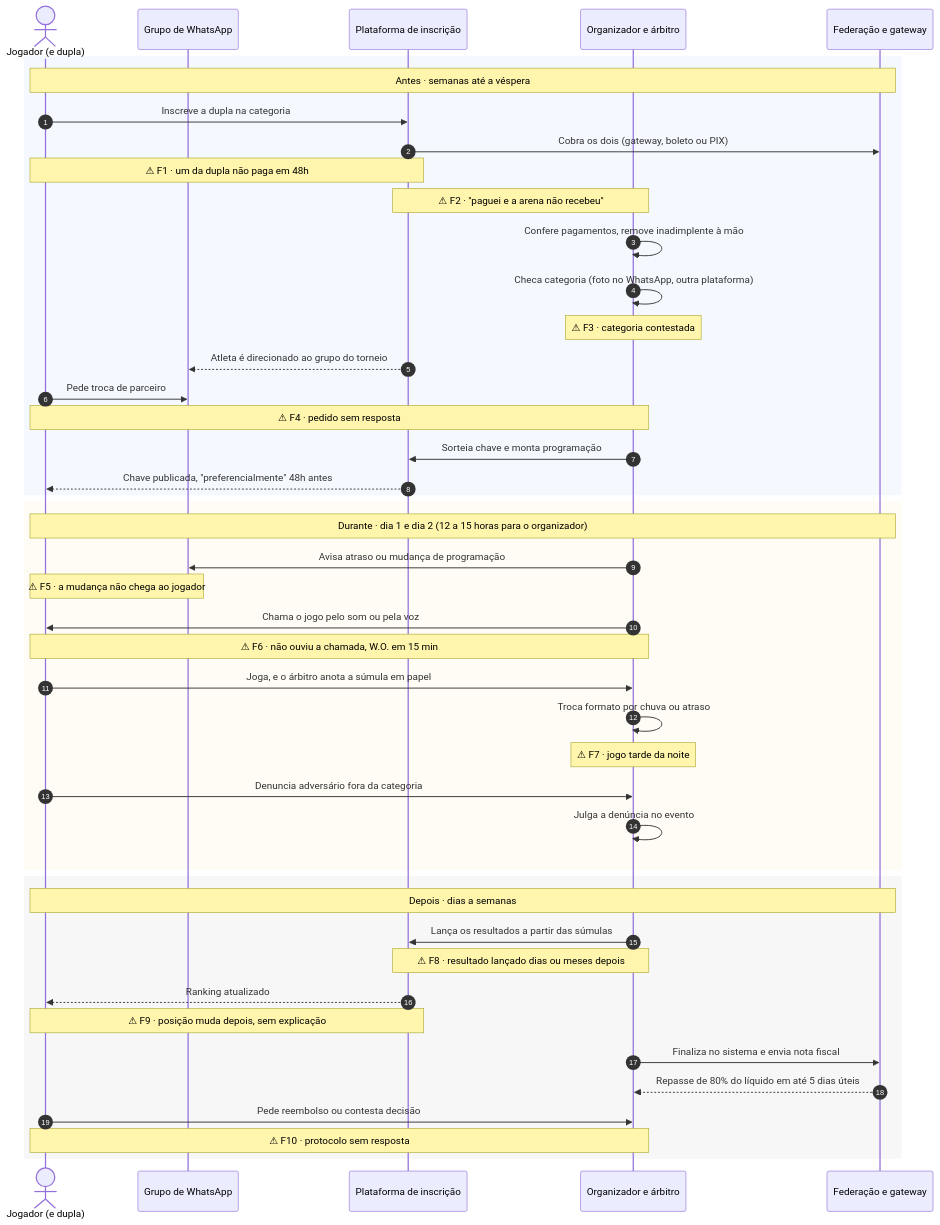
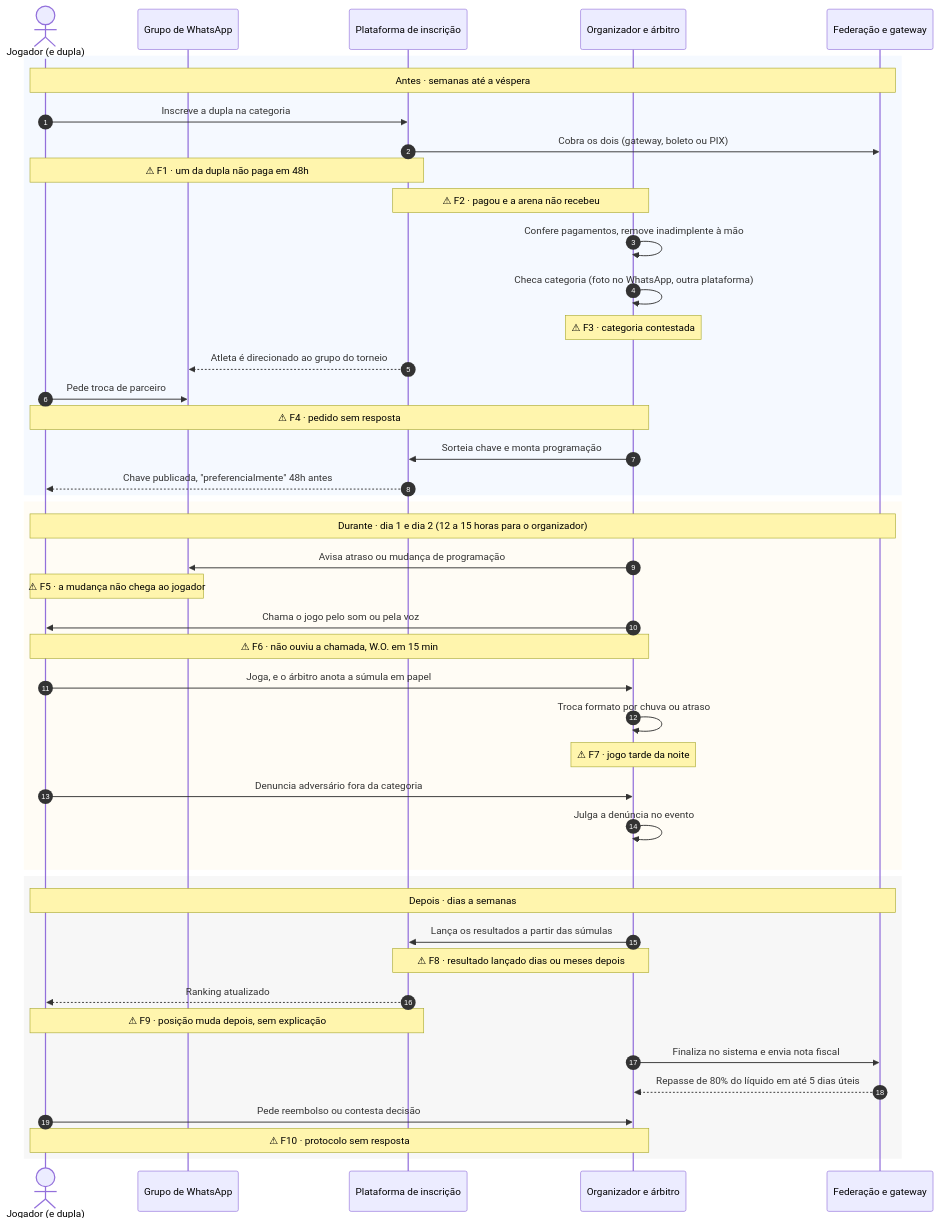
One commit to gabriel-vilano/btapp changed the first of 2 diagrams in docs/discovery/sintese/05-service-blueprint.md. Above: the diagram before and after it, drawn with Mermaid. The commit also changed other lines of this file and 35 other files, not shown here.

````diff
--- a/docs/discovery/sintese/05-service-blueprint.md
+++ b/docs/discovery/sintese/05-service-blueprint.md
@@ -38,50 +38,50 @@
 ```mermaid
 sequenceDiagram
   autonumber
   actor J as Jogador (e dupla)
   participant W as Grupo de WhatsApp
   participant P as Plataforma de inscrição
   participant O as Organizador e árbitro
   participant F as Federação e gateway
 
   rect rgb(245, 249, 255)
   note over J,F: Antes · semanas até a véspera
   J->>P: Inscreve a dupla na categoria
   P->>F: Cobra os dois (gateway, boleto ou PIX)
   note over J,P: ⚠ F1 · um da dupla não paga em 48h
-  note over P,O: ⚠ F2 · "paguei e a arena não recebeu"
+  note over P,O: ⚠ F2 · pagou e a arena não recebeu
   O->>O: Confere pagamentos, remove inadimplente à mão
   O->>O: Checa categoria (foto no WhatsApp, outra plataforma)
   note over O: ⚠ F3 · categoria contestada
   P-->>W: Atleta é direcionado ao grupo do torneio
   J->>W: Pede troca de parceiro
   note over J,O: ⚠ F4 · pedido sem resposta
   O->>P: Sorteia chave e monta programação
   P-->>J: Chave publicada, "preferencialmente" 48h antes
   end
 
   rect rgb(255, 252, 245)
   note over J,F: Durante · dia 1 e dia 2 (12 a 15 horas para o organizador)
   O->>W: Avisa atraso ou mudança de programação
   note over J,W: ⚠ F5 · a mudança não chega ao jogador
   O->>J: Chama o jogo pelo som ou pela voz
   note over J,O: ⚠ F6 · não ouviu a chamada, W.O. em 15 min
   J->>O: Joga, e o árbitro anota a súmula em papel
   O->>O: Troca formato por chuva ou atraso
   note over O: ⚠ F7 · jogo tarde da noite
   J->>O: Denuncia adversário fora da categoria
   O->>O: Julga a denúncia no evento
   end
 
   rect rgb(247, 247, 247)
   note over J,F: Depois · dias a semanas
   O->>P: Lança os resultados a partir das súmulas
   note over O,P: ⚠ F8 · resultado lançado dias ou meses depois
   P-->>J: Ranking atualizado
   note over J,P: ⚠ F9 · posição muda depois, sem explicação
   O->>F: Finaliza no sistema e envia nota fiscal
   F-->>O: Repasse de 80% do líquido em até 5 dias úteis
   J->>O: Pede reembolso ou contesta decisão
   note over J,O: ⚠ F10 · protocolo sem resposta
   end
 ```
````
